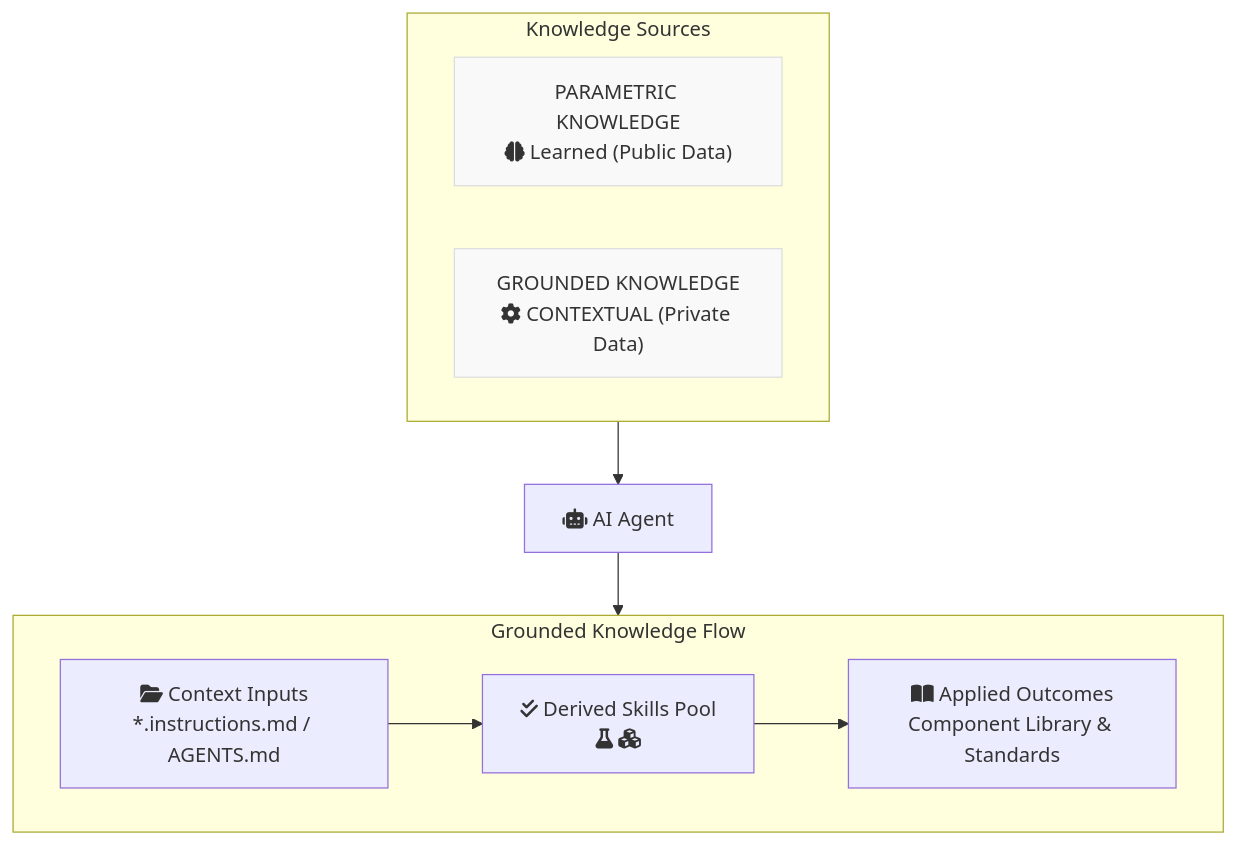
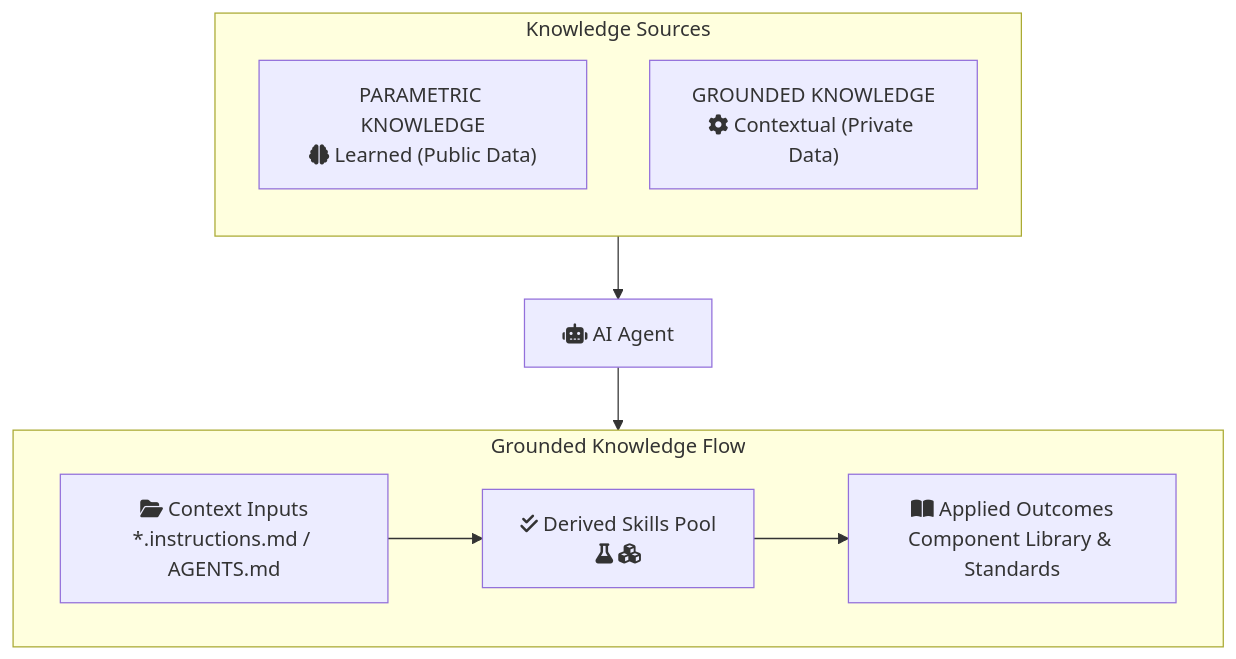
One commit to HipsterZipster/context-management-presentation changed the sixth of 23 diagrams in context-engineering-tech-talk.md. Above: the diagram before and after it, drawn with Mermaid. The commit also changed 2 other files, not shown here.

Commit message:
refactor: simplify slide 6 knowledge flow diagram layout and styling
- Change Knowledge Sources subgraph direction from LR to TB (vertical stacking)
- Update "GROUNDED KNOWLEDGE" label from "CONTEXTUAL" to "Contextual" (lowercase)
- Restructure flow connection from AI_Agent directly to Flow subgraph instead of Inputs node
- Comment out PK_Box and GK_Box fill/stroke styles
- Regenerate diagram SVG (6.svg) with new vertical layout and simplified styling
- Add PNG export (6.png) for slide 6 diagram

````diff
--- a/context-engineering-tech-talk.md
+++ b/context-engineering-tech-talk.md
@@ -193,24 +193,24 @@
 ```mermaid
 graph TB
     subgraph Top["Knowledge Sources"]
-        direction LR
+        direction TB
         PK_Box["PARAMETRIC KNOWLEDGE<br/>fa:fa-brain Learned (Public Data)"]
-        GK_Box["GROUNDED KNOWLEDGE<br/>fa:fa-cog CONTEXTUAL (Private Data)"]
+        GK_Box["GROUNDED KNOWLEDGE<br/>fa:fa-cog Contextual (Private Data)"]
     end
 
     Top --> AI_Agent["fa:fa-robot AI Agent"]
 
     subgraph Flow["Grounded Knowledge Flow"]
         direction LR
         Inputs["fa:fa-folder-open Context Inputs<br/>*.instructions.md / AGENTS.md"]
         Skills["fa:fa-check-double Derived Skills Pool<br/>fa:fa-flask fa:fa-cubes"]
         Outcomes["fa:fa-book-open Applied Outcomes<br/>Component Library & Standards"]
 
         Inputs --> Skills --> Outcomes
     end
+ 
+    AI_Agent --> Flow
 
-    AI_Agent --> Inputs
-
-    style PK_Box fill:#f9f9f9,stroke:#ddd,stroke-width:1px
-    style GK_Box fill:#f9f9f9,stroke:#ddd,stroke-width:1px
+    %% style PK_Box fill:#f9f9f9,stroke:#ddd,stroke-width:1px
+    %% style GK_Box fill:#f9f9f9,stroke:#ddd,stroke-width:1px
 ```
````
